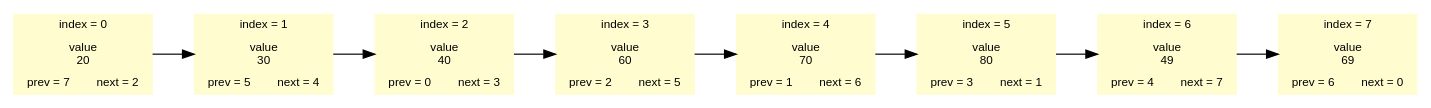
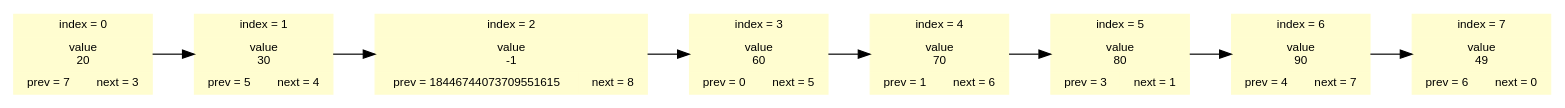
One commit to aidenfmunro/LinkedList changed the diagram in GraphDump.dot. Above: the diagram before and after it, drawn with Graphviz. The commit also changed 8 other files, not shown here.

```diff
--- a/GraphDump.dot
+++ b/GraphDump.dot
@@ -1,15 +1,15 @@
 digraph
 {
 rankdir = LR;
 node [shape = record, color = "#fffdd0", fontname = helvetica, fontsize = 10];
 bgcolor = "#ffffff";
-NODE_0[style = "filled", fillcolor = "#fffdd0", label = "index = 0|value\n20|{prev = 7|next = 2}"];
+NODE_0[style = "filled", fillcolor = "#fffdd0", label = "index = 0|value\n20|{prev = 7|next = 3}"];
 NODE_1[style = "filled", fillcolor = "#fffdd0", label = "index = 1|value\n30|{prev = 5|next = 4}"];
-NODE_2[style = "filled", fillcolor = "#fffdd0", label = "index = 2|value\n40|{prev = 0|next = 3}"];
-NODE_3[style = "filled", fillcolor = "#fffdd0", label = "index = 3|value\n60|{prev = 2|next = 5}"];
+NODE_2[style = "filled", fillcolor = "#fffdd0", label = "index = 2|value\n-1|{prev = 18446744073709551615|next = 8}"];
+NODE_3[style = "filled", fillcolor = "#fffdd0", label = "index = 3|value\n60|{prev = 0|next = 5}"];
 NODE_4[style = "filled", fillcolor = "#fffdd0", label = "index = 4|value\n70|{prev = 1|next = 6}"];
 NODE_5[style = "filled", fillcolor = "#fffdd0", label = "index = 5|value\n80|{prev = 3|next = 1}"];
-NODE_6[style = "filled", fillcolor = "#fffdd0", label = "index = 6|value\n49|{prev = 4|next = 7}"];
-NODE_7[style = "filled", fillcolor = "#fffdd0", label = "index = 7|value\n69|{prev = 6|next = 0}"];
+NODE_6[style = "filled", fillcolor = "#fffdd0", label = "index = 6|value\n90|{prev = 4|next = 7}"];
+NODE_7[style = "filled", fillcolor = "#fffdd0", label = "index = 7|value\n49|{prev = 6|next = 0}"];
 NODE_0->NODE_1->NODE_2->NODE_3->NODE_4->NODE_5->NODE_6->NODE_7;
 }
```
